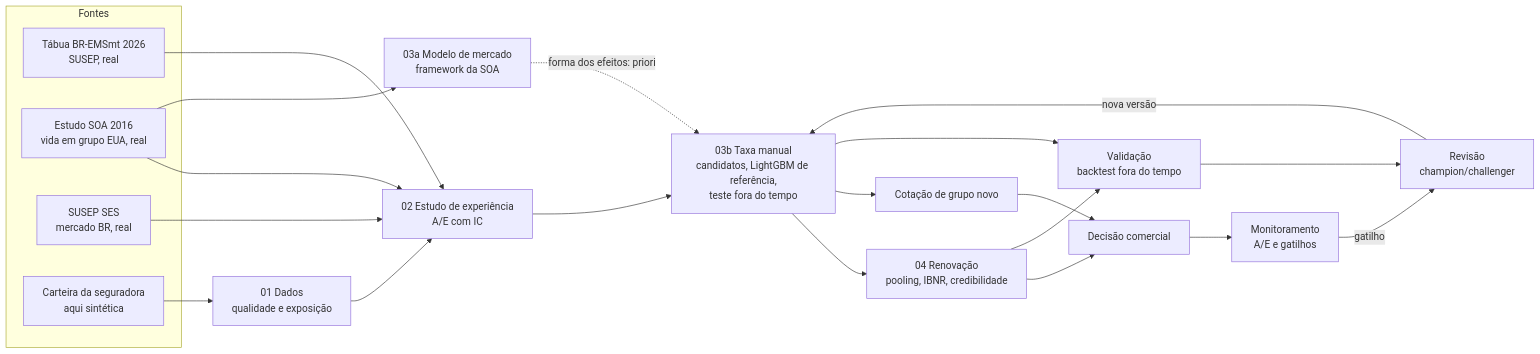
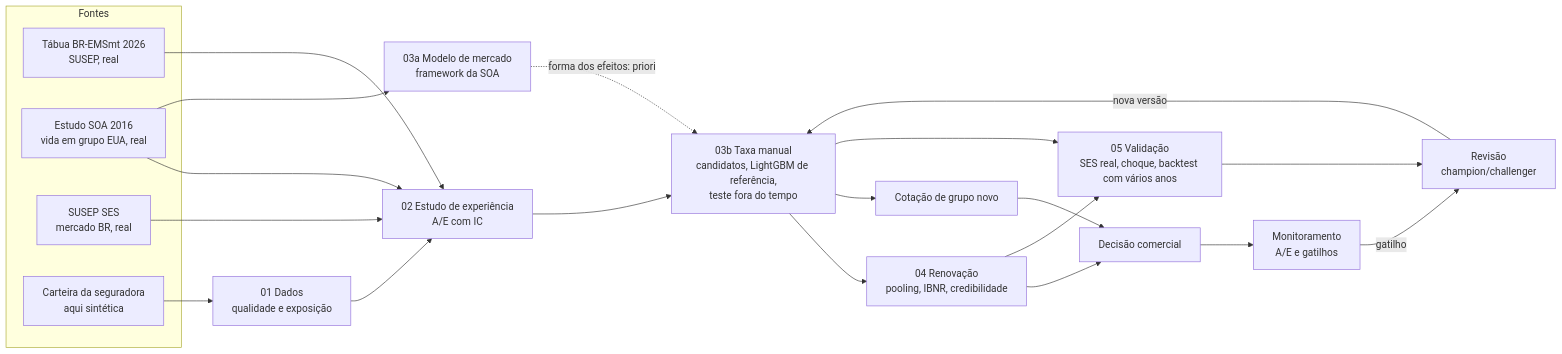
One commit to arthurpmotta02/vida-grupo-pricing changed the diagram in README.md. Above: the diagram before and after it, drawn with Mermaid. The commit also changed other lines of this file and 17 other files, not shown here.

Commit message:
Validação: credibilidade no SES, choque de 2021, backtest com vários anos-alvo; correções na exclusão de anos

````diff
--- a/README.md
+++ b/README.md
@@ -9,27 +9,27 @@
 ```mermaid
 flowchart LR
   subgraph F[Fontes]
     T[Tábua BR-EMSmt 2026<br/>SUSEP, real]
     SOA[Estudo SOA 2016<br/>vida em grupo EUA, real]
     SES[SUSEP SES<br/>mercado BR, real]
     C[Carteira da seguradora<br/>aqui sintética]
   end
   C --> D[01 Dados<br/>qualidade e exposição]
   D --> E[02 Estudo de experiência<br/>A/E com IC]
   T --> E
   SOA --> E
   SES --> E
   SOA --> MS[03a Modelo de mercado<br/>framework da SOA]
   MS -. forma dos efeitos: priori .-> M
   E --> M[03b Taxa manual<br/>candidatos, LightGBM de referência,<br/>teste fora do tempo]
   M --> R[04 Renovação<br/>pooling, IBNR, credibilidade]
   M --> COT[Cotação de grupo novo]
   R --> DEC[Decisão comercial]
   COT --> DEC
-  R --> V[Validação<br/>backtest fora do tempo]
+  R --> V[05 Validação<br/>SES real, choque, backtest com vários anos]
   M --> V
   DEC --> MON[Monitoramento<br/>A/E e gatilhos]
   MON -- gatilho --> REV[Revisão<br/>champion/challenger]
   V --> REV
   REV -- nova versão --> M
 ```
````
